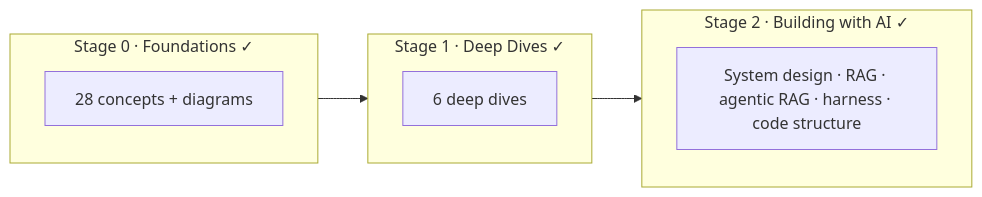
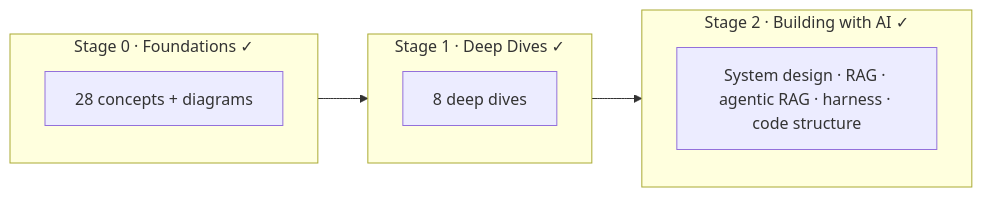
Before and after one commit to namphuongtran/ai-vault: the diagram in content/en/_index.md, drawn with Mermaid. The commit also changed other lines of this file and 7 other files, not shown here.

First line of the commit message:
Add two deep dives: Vector Databases and Agent Memory (EN + VI)

````diff
--- a/content/en/_index.md
+++ b/content/en/_index.md
@@ -24,13 +24,13 @@
 ```mermaid
 flowchart LR
     subgraph S0["Stage 0 · Foundations ✓"]
       A0[28 concepts + diagrams]
     end
     subgraph S1["Stage 1 · Deep Dives ✓"]
-      A1[6 deep dives]
+      A1[8 deep dives]
     end
     subgraph S2["Stage 2 · Building with AI ✓"]
       A2[System design · RAG · agentic RAG · harness · code structure]
     end
     S0 --> S1 --> S2
 ```
````
